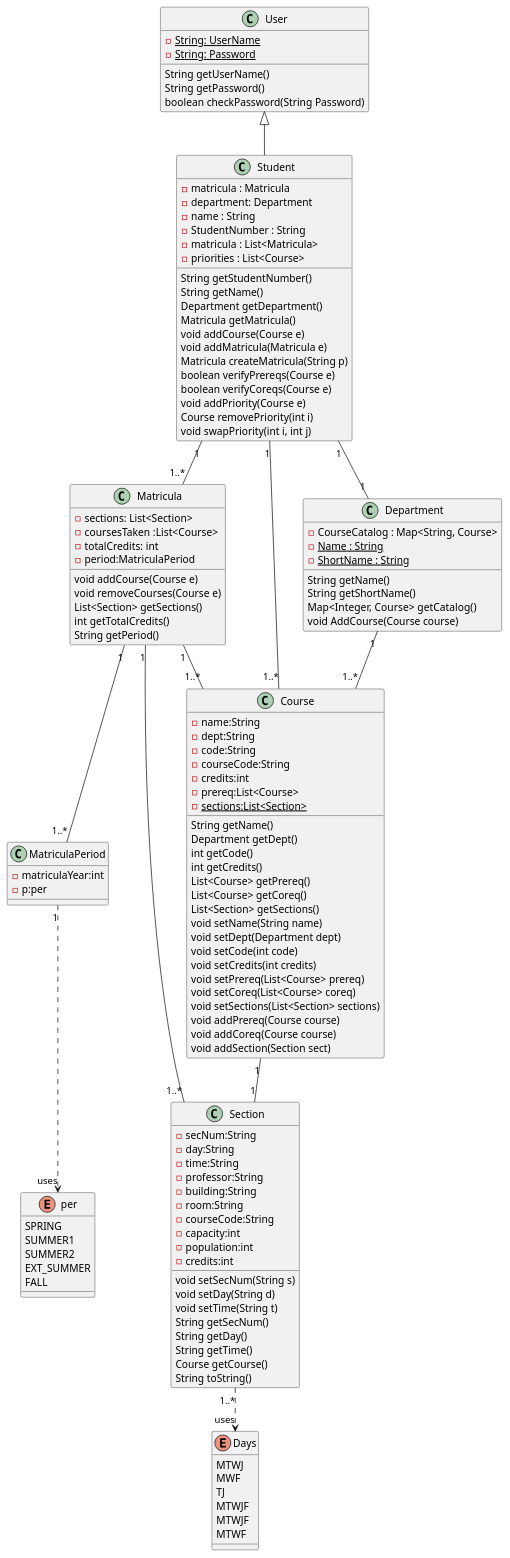
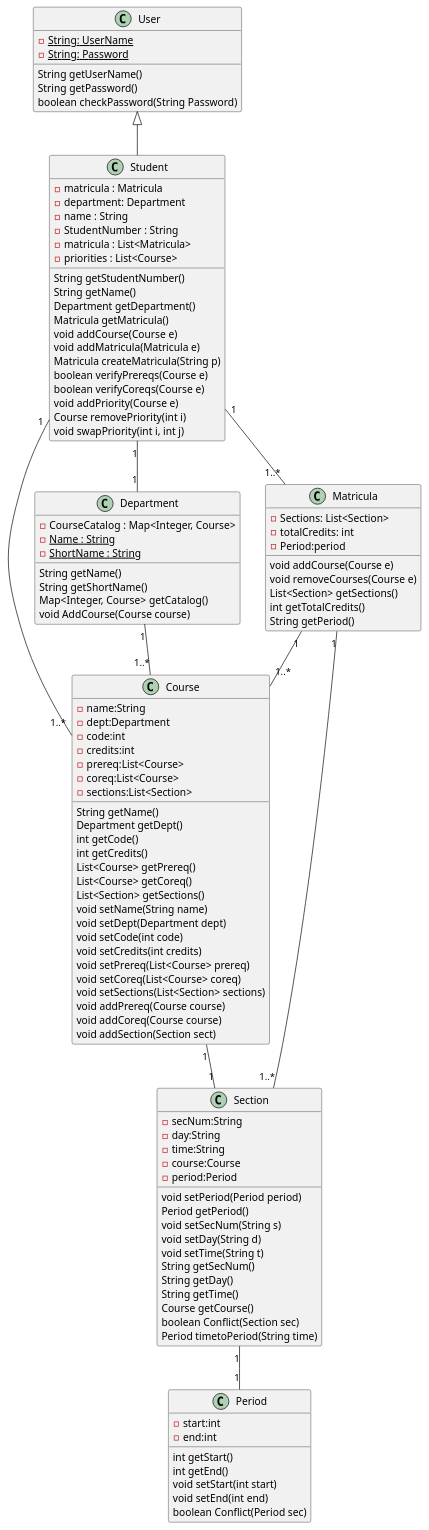
Before and after one commit to uprm-inso-4101-2020-2021-S1/semester-project-almond-software-llc: the diagram in front-end/src/classDiagram.puml, drawn with PlantUML.

Commit message:
redid again the diagram

```diff
--- a/front-end/src/classDiagram.puml
+++ b/front-end/src/classDiagram.puml
@@ -1,129 +1,113 @@
 @startuml classDiagram
-MatriculaPeriod "1" -[dashed]-> "uses" per
-Section "1..*" -[dashed]-> "uses" Days
 Student "1" -- "1..*" Matricula 
 Student "1" -- "1..*" Course
 Student "1" -- "1" Department
 Department "1" -- "1..*" Course
 Matricula "1" -- "1..*" Section
 Matricula "1" -- "1..*" Course
 Course "1" -- "1" Section
-Matricula "1" -- "1..*" MatriculaPeriod
+Section "1" -- "1" Period
 
 class User{
     -{static}String: UserName
     -{static}String: Password
     String getUserName()
     String getPassword()
     boolean checkPassword(String Password)
 
 }
 Class Student extends User{
     -matricula : Matricula
     -department: Department
     -name : String
     -StudentNumber : String
     -matricula : List<Matricula>
     -priorities : List<Course>
     String getStudentNumber()
     String getName()
     Department getDepartment()
     Matricula getMatricula()
     void addCourse(Course e)
     void addMatricula(Matricula e)
     Matricula createMatricula(String p)
     boolean verifyPrereqs(Course e)
     boolean verifyCoreqs(Course e)
     void addPriority(Course e)
     Course removePriority(int i)
     void swapPriority(int i, int j)
 }
 Class Department {
-    -CourseCatalog : Map<String, Course>
+    -CourseCatalog : Map<Integer, Course>
     -{static}Name : String
     -{static}ShortName : String
     String getName()
     String getShortName()
     Map<Integer, Course> getCatalog()
     void AddCourse(Course course)
 
 }
 Class Matricula{
-    -sections: List<Section>
-    -coursesTaken :List<Course>
+    -Sections: List<Section>
     -totalCredits: int
-    -period:MatriculaPeriod
+    -Period:period
     void addCourse(Course e)
     void removeCourses(Course e)
     List<Section> getSections()
     int getTotalCredits()
     String getPeriod()
     
 }
-class MatriculaPeriod{
-    -matriculaYear:int
-    -p:per
-}
-enum per{
-    SPRING 
-    SUMMER1
-    SUMMER2
-    EXT_SUMMER
-    FALL
-}
 Class Course{
     -name:String
-    -dept:String
-    -code:String
-    -courseCode:String
+    -dept:Department
+    -code:int
     -credits:int
     -prereq:List<Course>
-    -{static}sections:List<Section>
+    -coreq:List<Course>
+    -sections:List<Section>
     String getName()
     Department getDept()
     int getCode()
     int getCredits()
     List<Course> getPrereq()
     List<Course> getCoreq()
     List<Section> getSections()
     void setName(String name)
     void setDept(Department dept)
     void setCode(int code)
     void setCredits(int credits)
     void setPrereq(List<Course> prereq)
     void setCoreq(List<Course> coreq)
     void setSections(List<Section> sections)
     void addPrereq(Course course)
     void addCoreq(Course course)
     void addSection(Section sect)
 }
 Class Section{
     -secNum:String
     -day:String
     -time:String
-    -professor:String
-    -building:String
-    -room:String
-    -courseCode:String
-    -capacity:int
-    -population:int
-    -credits:int
+    -course:Course
+    -period:Period
+    void setPeriod(Period period)
+    Period getPeriod()
     void setSecNum(String s)
     void setDay(String d)
     void setTime(String t)
     String getSecNum()
     String getDay()
     String getTime()
     Course getCourse()
-    String toString()
+    boolean Conflict(Section sec)
+    Period timetoPeriod(String time)
 }
-enum Days{
-    MTWJ
-    MWF
-    TJ
-    MTWJF
-    MTWJF
-    MTWF
-
+Class Period{
+    -start:int
+    -end:int
+    int getStart()
+    int getEnd()
+    void setStart(int start)
+    void setEnd(int end)
+    boolean Conflict(Period sec)
 }
 @enduml
```
